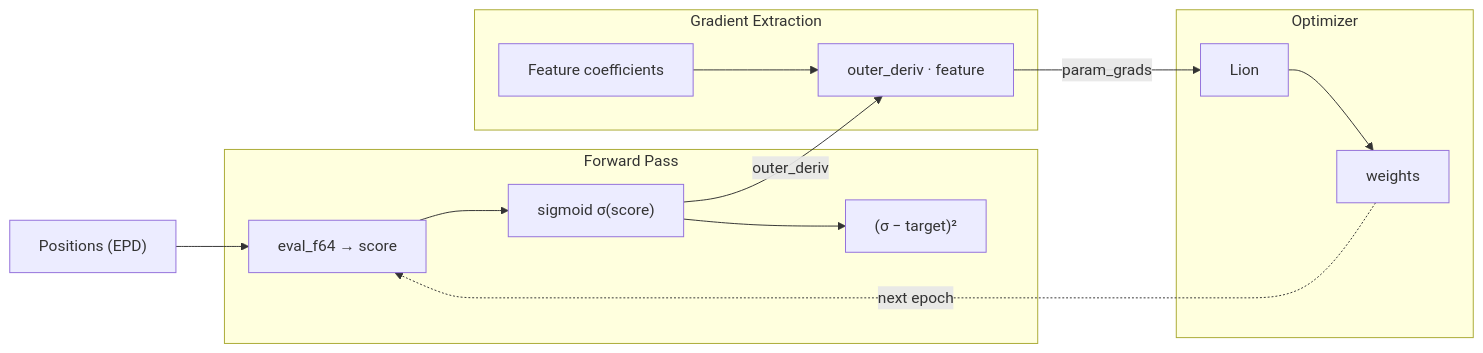
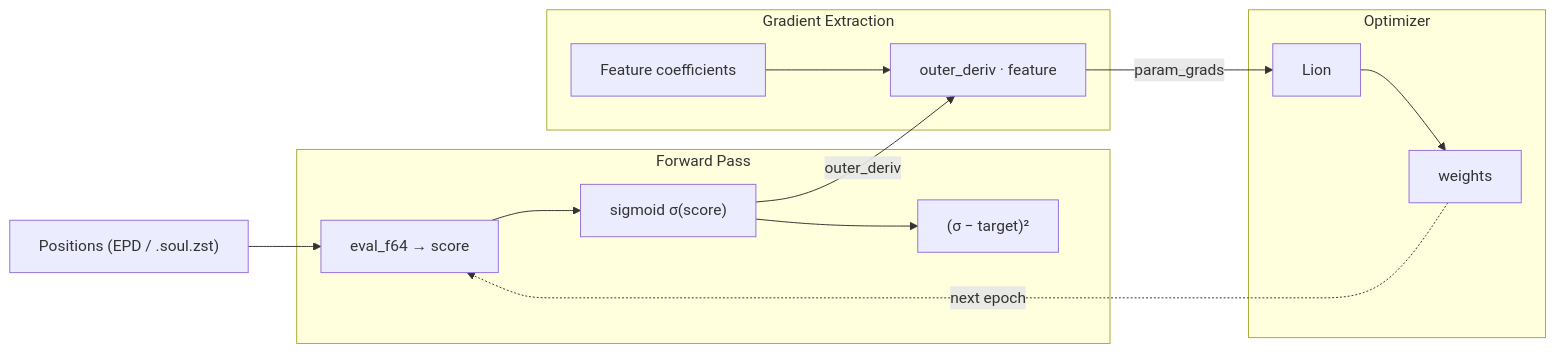
Before and after one commit to Aethdv/Soul: the first of 2 diagrams in tuner/EVAL_TUNER.md, drawn with Mermaid. The commit also changed other lines of this file and 7 other files, not shown here.

````diff
--- a/tuner/EVAL_TUNER.md
+++ b/tuner/EVAL_TUNER.md
@@ -59,20 +35,20 @@
 ```mermaid
 flowchart LR
-    EPD["Positions (EPD)"] --> EF64
+    EPD["Positions (EPD / .soul.zst)"] --> EF64
 
     subgraph Forward ["Forward Pass"]
         EF64["eval_f64 → score"] --> SIG["sigmoid σ(score)"] --> LOSS["(σ − target)²"]
     end
 
     subgraph Grad ["Gradient Extraction"]
         FEAT["Feature coefficients"] --> CHAIN["outer_deriv · feature"]
     end
 
     subgraph Optim ["Optimizer"]
         LION["Lion"] --> W["weights"]
     end
 
     SIG -- "outer_deriv" --> CHAIN
     CHAIN -- "param_grads" --> LION
     W -. "next epoch" .-> EF64
 ```
````
